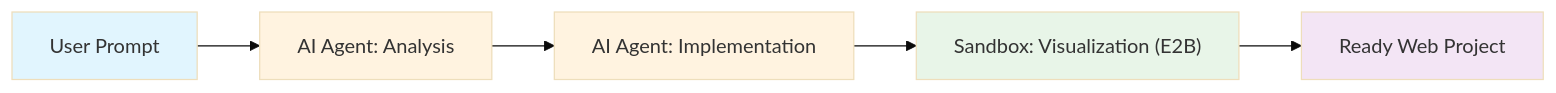
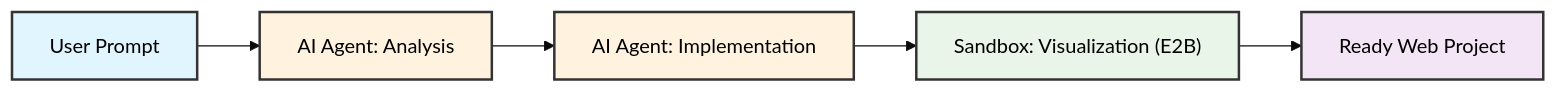
The second of 5 diagrams in docs/architecture.md (Flychuban/Stryama), drawn with Mermaid (base theme) before and after one commit. The commit also changed other lines of this file, not shown here.

First line of the commit message:
Enhance architecture documentation with improved diagram styles

````diff
--- a/docs/architecture.md
+++ b/docs/architecture.md
@@ -77,13 +77,13 @@
 ```mermaid
 graph LR
     User[User Prompt] --> Analysis["AI Agent: Analysis"]
     Analysis --> Implementation["AI Agent: Implementation"]
     Implementation --> Sandbox["Sandbox: Visualization (E2B)"]
     Sandbox --> Project[Ready Web Project]
 
-    style User fill:#e1f5fe
-    style Analysis fill:#fff3e0
-    style Implementation fill:#fff3e0
-    style Sandbox fill:#e8f5e8
-    style Project fill:#f3e5f5
+    style User fill:#e1f5fe,stroke:#333,stroke-width:2px,color:#000
+    style Analysis fill:#fff3e0,stroke:#333,stroke-width:2px,color:#000
+    style Implementation fill:#fff3e0,stroke:#333,stroke-width:2px,color:#000
+    style Sandbox fill:#e8f5e8,stroke:#333,stroke-width:2px,color:#000
+    style Project fill:#f3e5f5,stroke:#333,stroke-width:2px,color:#000
 ```
````
